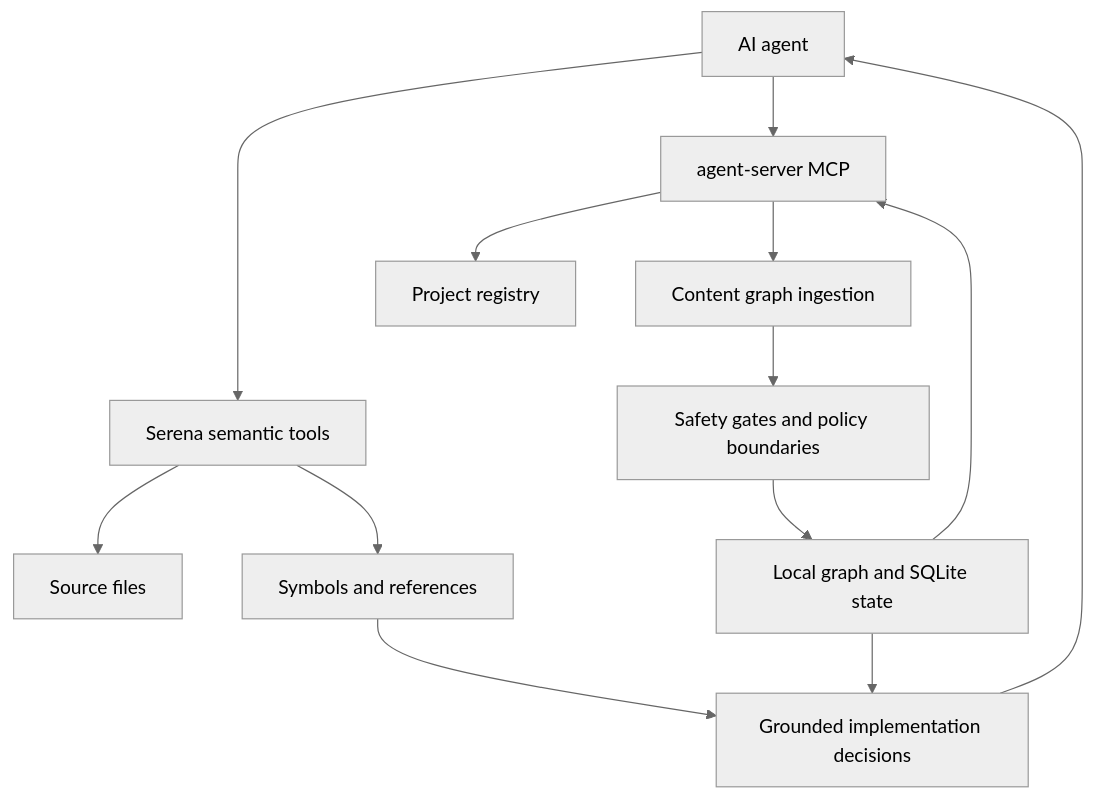
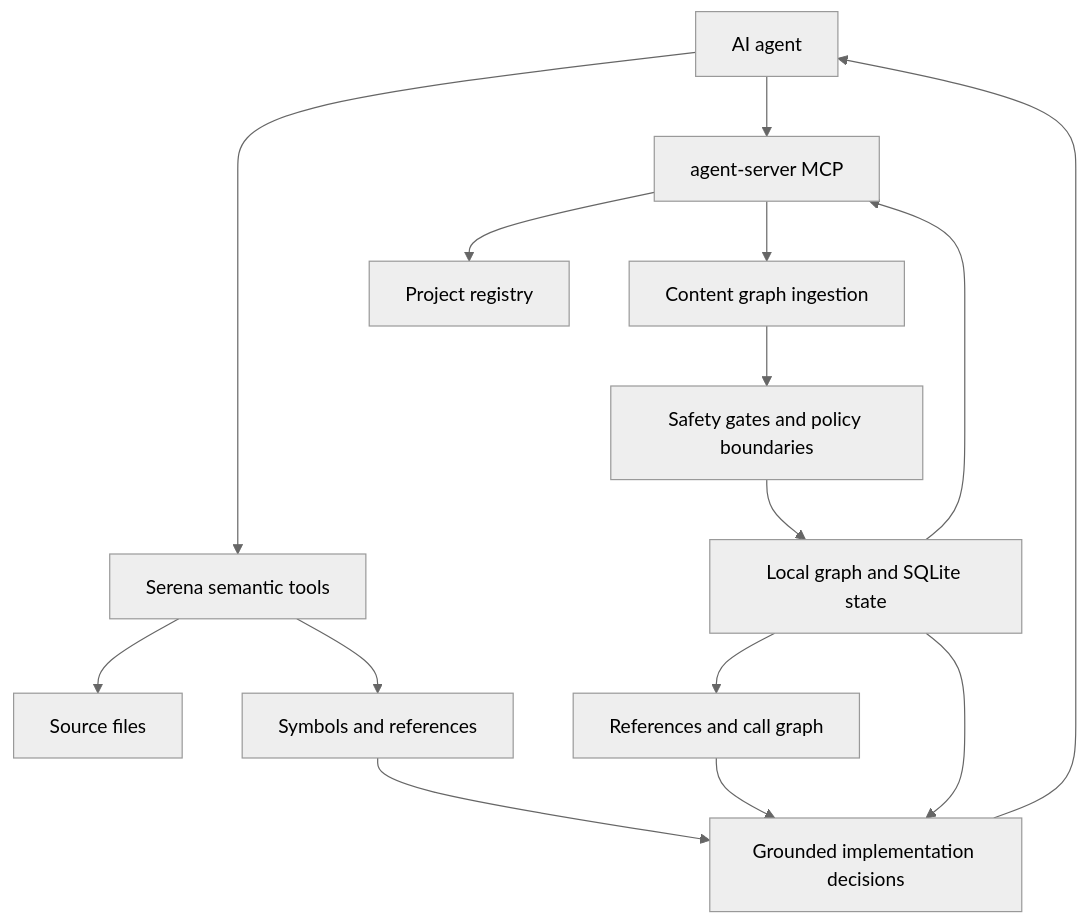
Before and after one commit to MiviaLabs/go-mivia: the third of 4 diagrams in README.md, drawn with Mermaid (neutral theme). The commit also changed other lines of this file and 1 other file, not shown here.

````diff
--- a/README.md
+++ b/README.md
@@ -65,27 +128,30 @@
 ```mermaid
 flowchart TB
   Agent["AI agent"]
   Serena["Serena semantic tools"]
   MCP["agent-server MCP"]
   Source["Source files"]
   Symbols["Symbols and references"]
   Registry["Project registry"]
   Ingestion["Content graph ingestion"]
+  Calls["References and call graph"]
   Store["Local graph and SQLite state"]
   Guardrails["Safety gates and policy boundaries"]
 
   Agent --> Serena
   Serena --> Source
   Serena --> Symbols
 
   Agent --> MCP
   MCP --> Registry
   MCP --> Ingestion
   Ingestion --> Guardrails
   Guardrails --> Store
+  Store --> Calls
   Store --> MCP
 
   Symbols --> Decision["Grounded implementation decisions"]
+  Calls --> Decision
   Store --> Decision
   Decision --> Agent
 ```
````
